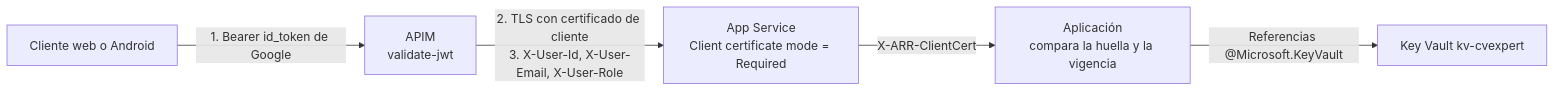
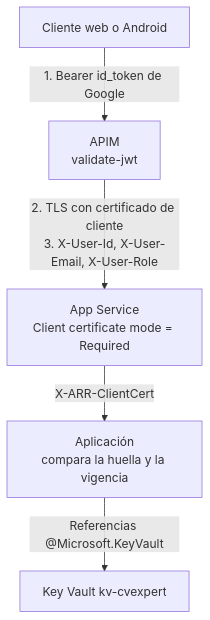
The diagram in docs/seguridad.md (SoftwareDesignTEC/cvexpert-docs), drawn with Mermaid before and after one commit.

Commit message:
docs: diagrama de seguridad en vertical para que se lea en GitHub

````diff
--- a/docs/seguridad.md
+++ b/docs/seguridad.md
@@ -5,7 +5,7 @@
 ```mermaid
-flowchart LR
+flowchart TB
     CL["Cliente web o Android"] -- "1. Bearer id_token de Google" --> A["APIM<br/>validate-jwt"]
     A -- "2. TLS con certificado de cliente<br/>3. X-User-Id, X-User-Email, X-User-Role" --> AS["App Service<br/>Client certificate mode = Required"]
     AS -- "X-ARR-ClientCert" --> APP["Aplicación<br/>compara la huella y la vigencia"]
     APP -- "Referencias @Microsoft.KeyVault" --> KV["Key Vault kv-cvexpert"]
 ```
````
